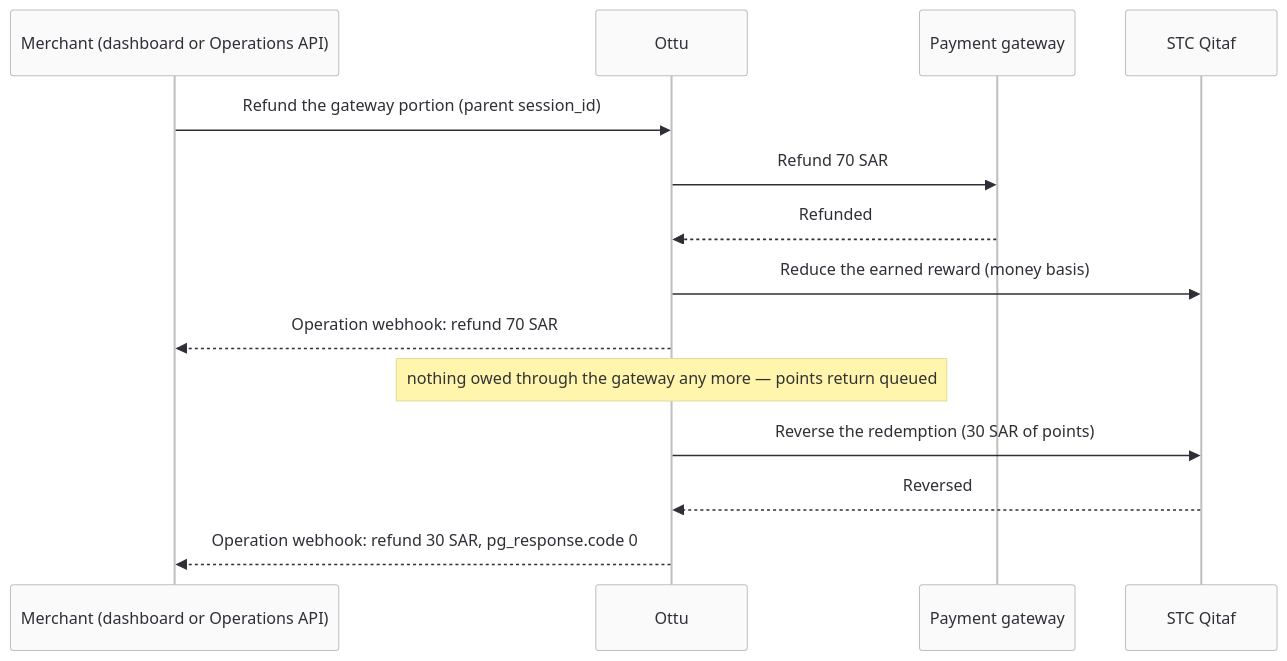
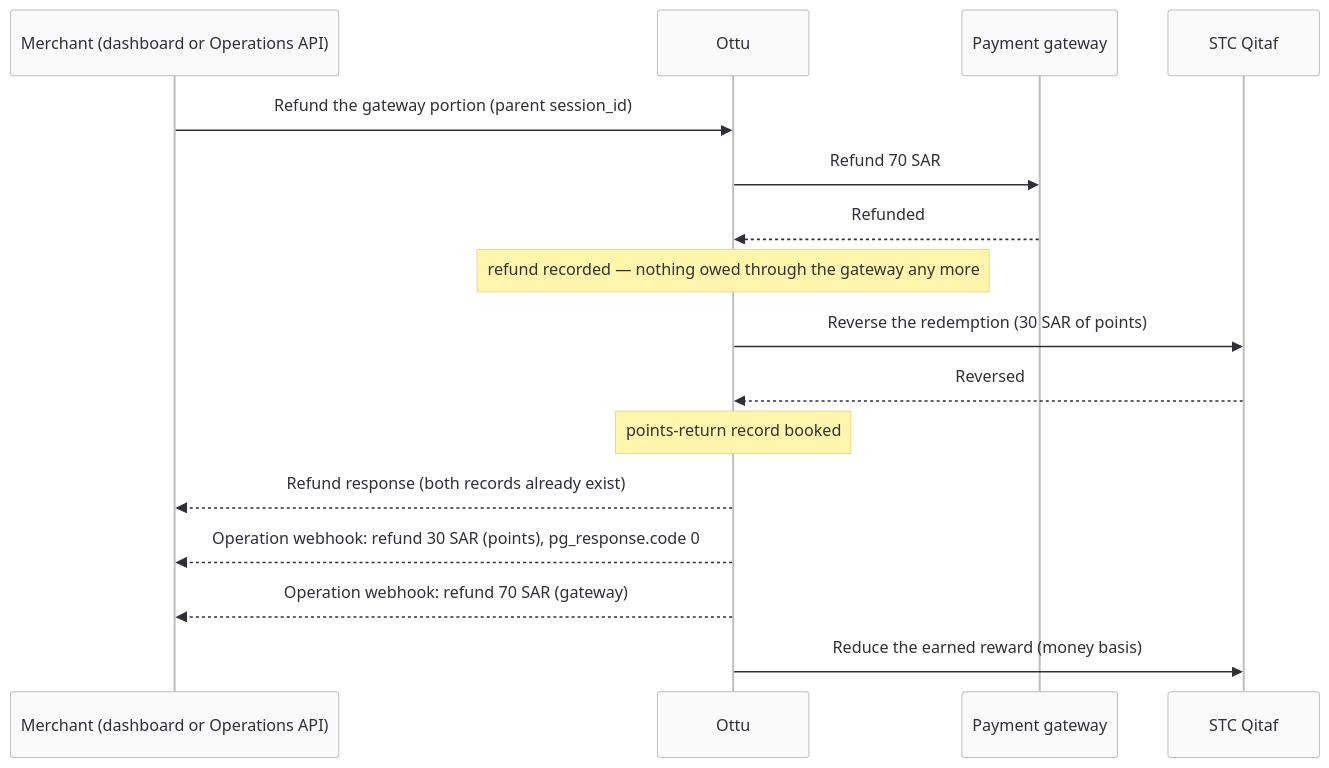
One commit to ottuco/docs changed the second of 2 diagrams in docs/developers/payments/loyalty.mdx. Above: the diagram before and after it, drawn with Mermaid. The commit also changed other lines of this file and 1 other file, not shown here.

First line of the commit message:
docs(payments): Qitaf points come back only through Refund, in the same request (#159731)

````diff
--- a/docs/developers/payments/loyalty.mdx
+++ b/docs/developers/payments/loyalty.mdx
@@ -309,18 +309,20 @@
 ```mermaid
 %%{init: {"theme": "base", "themeVariables": {"background": "#F4F4F4", "primaryColor": "#FAFAFA", "primaryTextColor": "#302F37", "primaryBorderColor": "#BFBFBF", "lineColor": "#302F37", "secondaryColor": "#FAFAFA", "tertiaryColor": "#FAFAFA"}}}%%
 sequenceDiagram
     participant M as Merchant (dashboard or Operations API)
     participant O as Ottu
     participant PG as Payment gateway
     participant Q as STC Qitaf
 
     M->>O: Refund the gateway portion (parent session_id)
     O->>PG: Refund 70 SAR
     PG-->>O: Refunded
-    O->>Q: Reduce the earned reward (money basis)
-    O-->>M: Operation webhook: refund 70 SAR
-    Note over O: nothing owed through the gateway any more — points return queued
+    Note over O: refund recorded — nothing owed through the gateway any more
     O->>Q: Reverse the redemption (30 SAR of points)
     Q-->>O: Reversed
-    O-->>M: Operation webhook: refund 30 SAR, pg_response.code 0
+    Note over O: points-return record booked
+    O-->>M: Refund response (both records already exist)
+    O-->>M: Operation webhook: refund 30 SAR (points), pg_response.code 0
+    O-->>M: Operation webhook: refund 70 SAR (gateway)
+    O->>Q: Reduce the earned reward (money basis)
 ```
````
